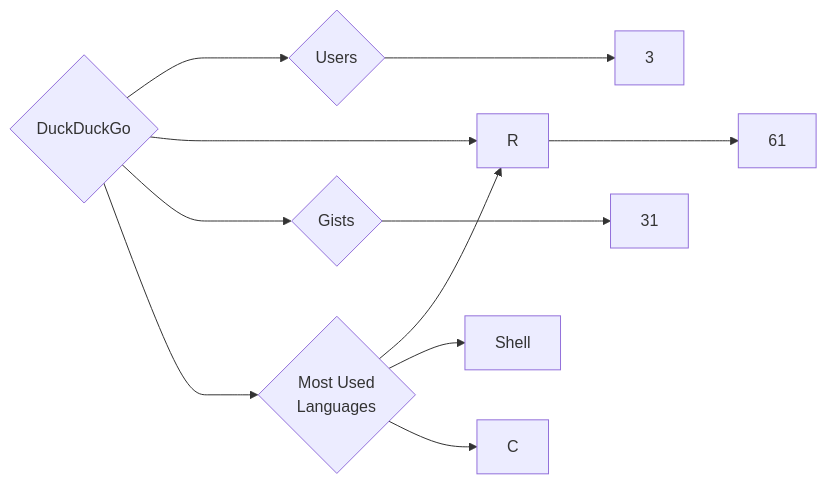
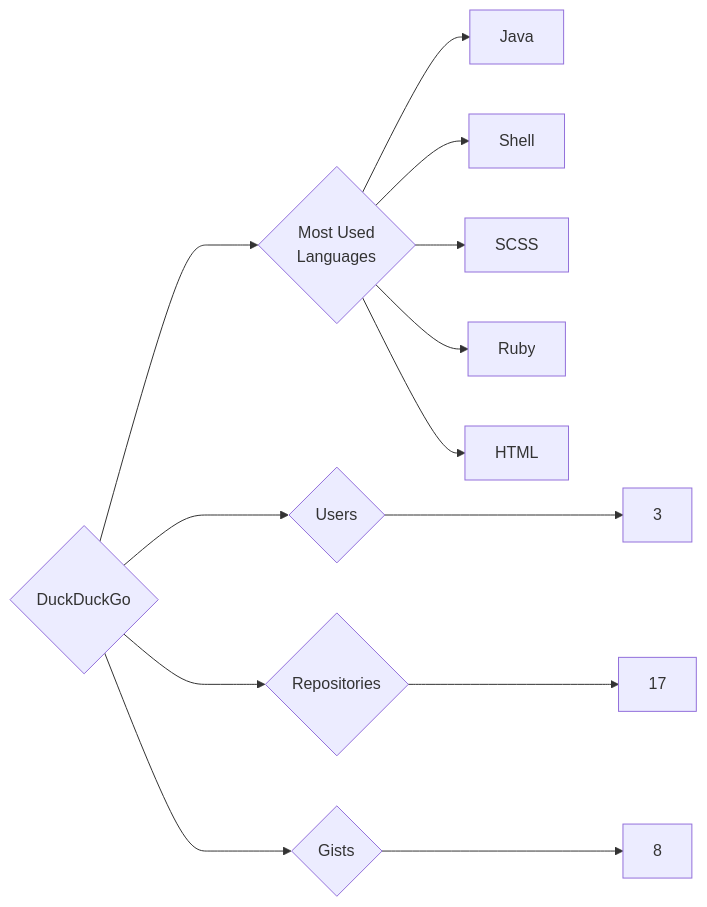
Before and after one commit to trickest/insiders: the diagram in targets/DuckDuckGo/README.md, drawn with Mermaid. The commit also changed 942 other files, not shown here.

````diff
--- a/targets/DuckDuckGo/README.md
+++ b/targets/DuckDuckGo/README.md
@@ -3,11 +3,13 @@
 ```mermaid
 graph LR
 COMPANY_NAME{DuckDuckGo}
 COMPANY_NAME ---> U{Users} ---> UN[3]
-COMPANY_NAME ---> R{Repositories} ---> RN[61]
-COMPANY_NAME ---> G{Gists} ---> GN[31]
+COMPANY_NAME ---> R{Repositories} ---> RN[17]
+COMPANY_NAME ---> G{Gists} ---> GN[8]
 COMPANY_NAME ---> ML{Most Used<br>Languages}
-ML --> R[R]
+ML --> Java[Java]
 ML --> Shell[Shell]
-ML --> C[C]
+ML --> SCSS[SCSS]
+ML --> Ruby[Ruby]
+ML --> HTML[HTML]
 ```
````
